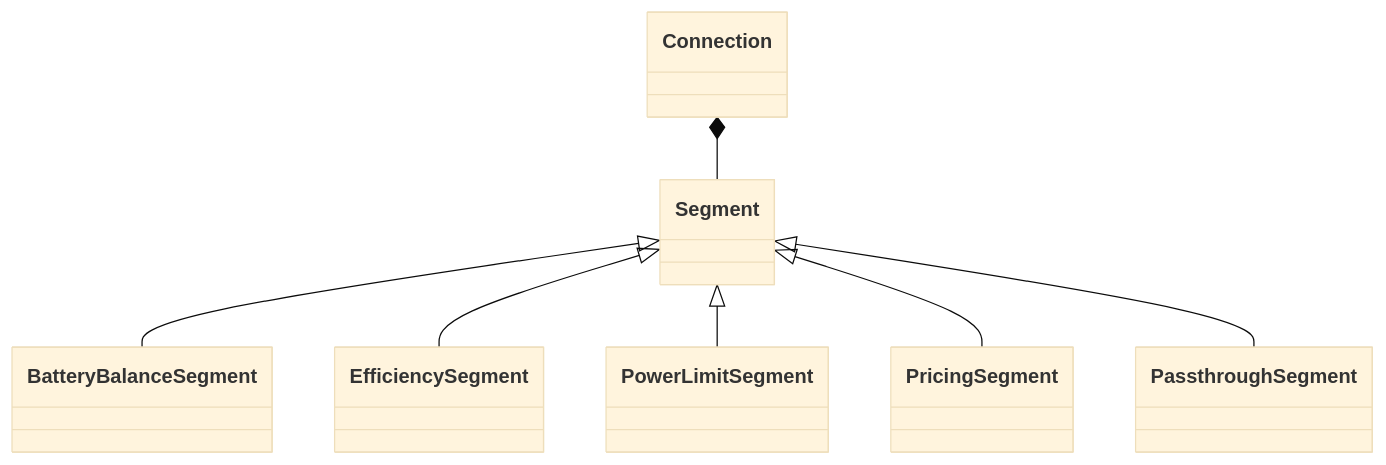
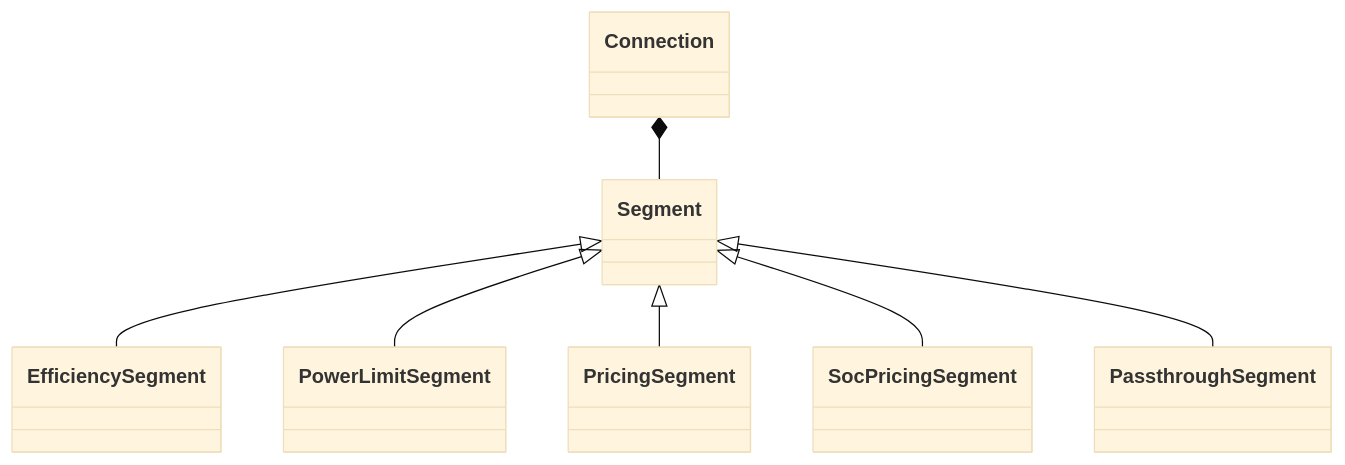
One commit to Chance-Konstruktion/haeo changed the diagram in docs/modeling/model-layer/connections/index.md. Above: the diagram before and after it, drawn with Mermaid (base theme). The commit also changed other lines of this file and 41 other files, not shown here.

First line of the commit message:
Replace battery partitions with SOC pricing (#265)

````diff
--- a/docs/modeling/model-layer/connections/index.md
+++ b/docs/modeling/model-layer/connections/index.md
@@ -18,9 +18,9 @@
 ```mermaid
 classDiagram
     Connection *-- Segment
-    Segment <|-- BatteryBalanceSegment
     Segment <|-- EfficiencySegment
     Segment <|-- PowerLimitSegment
     Segment <|-- PricingSegment
+    Segment <|-- SocPricingSegment
     Segment <|-- PassthroughSegment
 ```
````
